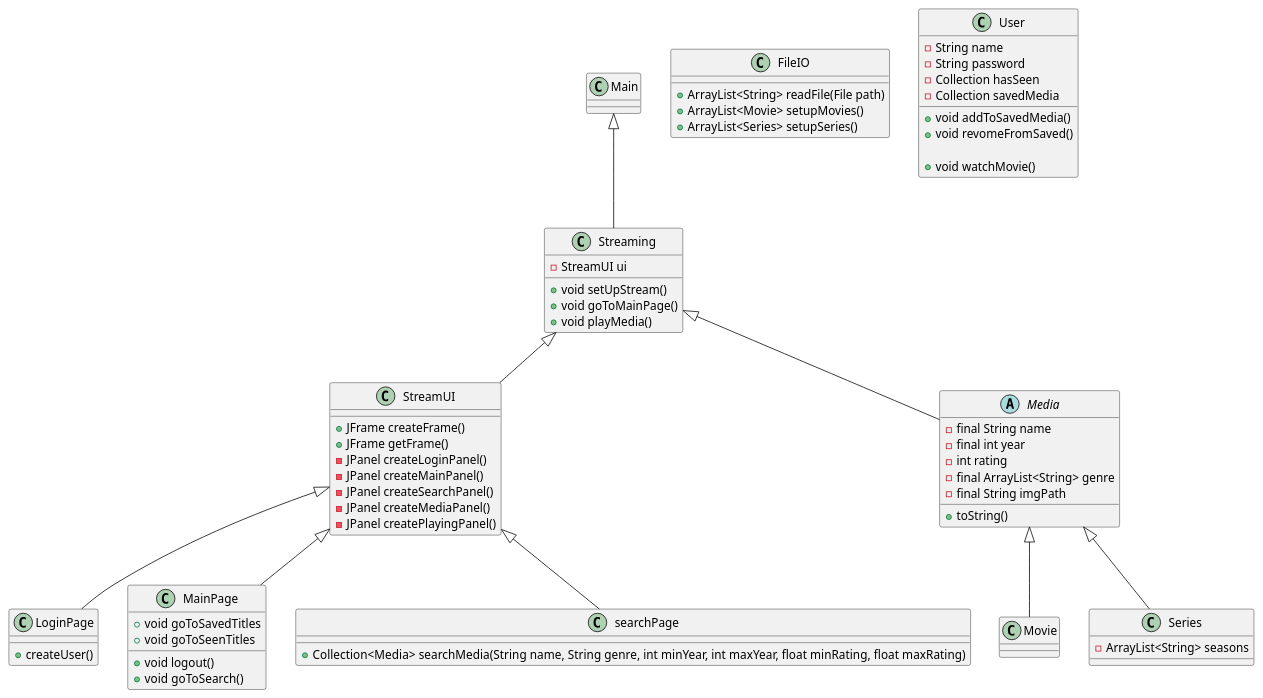
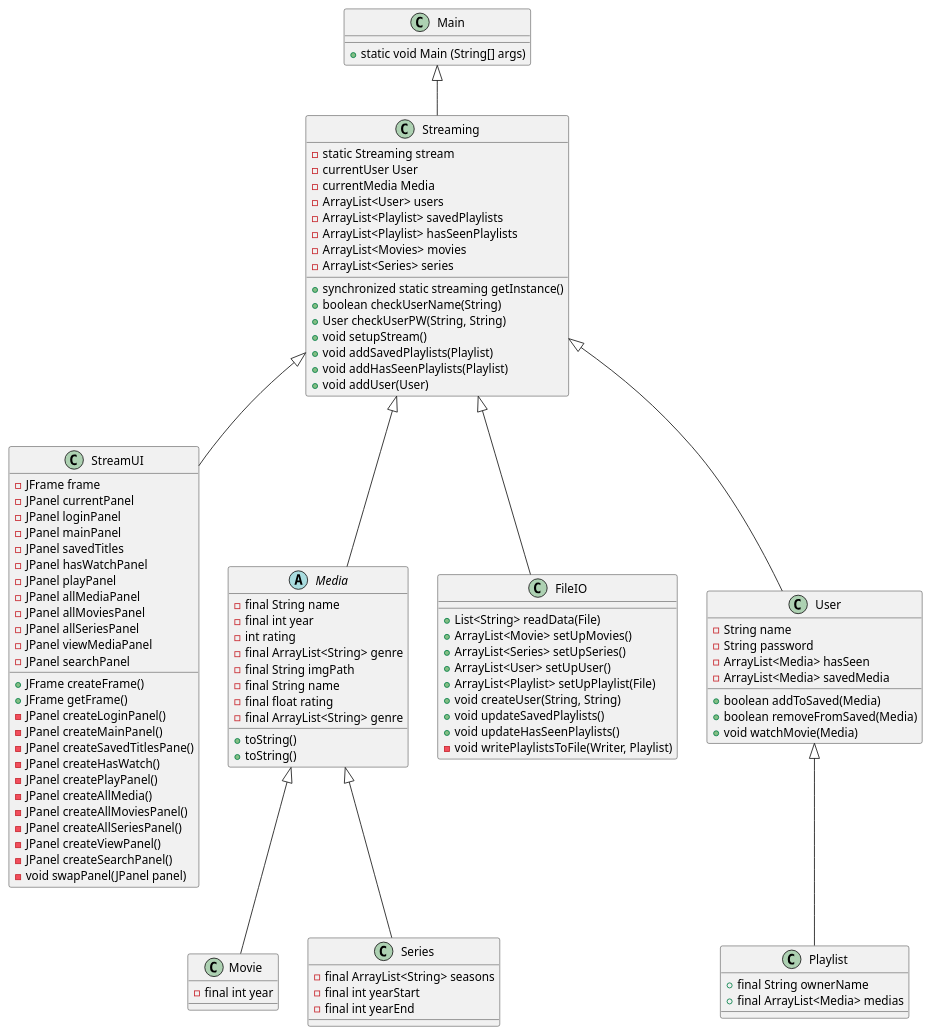
Before and after one commit to TheRealJackiBoi/dat1-sp3-streaming: the diagram in Documentation/Streaming.puml, drawn with PlantUML. The commit also changed 2 other files, not shown here.

Commit message:
work in progress updated plantUML

```diff
--- a/Documentation/Streaming.puml
+++ b/Documentation/Streaming.puml
@@ -1,86 +1,119 @@
 @startuml
 
 'https://plantuml.com/class-diagram
 
 class Main{
-
++static void Main (String[] args)
 }
 
 Main <|-- Streaming
 class Streaming{
--StreamUI ui
-+void setUpStream()
-+void goToMainPage()
-+void playMedia()
-}
+-static Streaming stream
+-currentUser User
+-currentMedia Media
+-ArrayList<User> users
+-ArrayList<Playlist> savedPlaylists
+-ArrayList<Playlist> hasSeenPlaylists
+-ArrayList<Movies> movies
+-ArrayList<Series> series
 
-StreamUI <|-- LoginPage
-class LoginPage{
-+ createUser()
++synchronized static streaming getInstance()
++boolean checkUserName(String)
++User checkUserPW(String, String)
++void setupStream()
++void addSavedPlaylists(Playlist)
++void addHasSeenPlaylists(Playlist)
++void addUser(User)
 
-}
-
-StreamUI <|-- MainPage
-class MainPage {
-+void logout()
-+void goToSearch()
-+void goToSavedTitles
-+void goToSeenTitles
-}
-
-StreamUI <|-- searchPage
-class searchPage{
-
-+Collection<Media> searchMedia(String name, String genre, int minYear, int maxYear, float minRating, float maxRating)
 }
 
 Streaming <|-- StreamUI
 class StreamUI {
+-JFrame frame
+-JPanel currentPanel
+-JPanel loginPanel
+-JPanel mainPanel
+-JPanel savedTitles
+-JPanel hasWatchPanel
+-JPanel playPanel
+-JPanel allMediaPanel
+-JPanel allMoviesPanel
+-JPanel allSeriesPanel
+-JPanel viewMediaPanel
+-JPanel searchPanel
+
 +JFrame createFrame()
 +JFrame getFrame()
 -JPanel createLoginPanel()
 -JPanel createMainPanel()
+-JPanel createSavedTitlesPane()
+-JPanel createHasWatch()
+-JPanel createPlayPanel()
+-JPanel createAllMedia()
+-JPanel createAllMoviesPanel()
+-JPanel createAllSeriesPanel()
+-JPanel createViewPanel()
 -JPanel createSearchPanel()
--JPanel createMediaPanel()
--JPanel createPlayingPanel()
+-void swapPanel(JPanel panel)
 }
 
 Streaming <|-- Media
 abstract class Media {
 -final String name
 -final int year
 -int rating
 -final ArrayList<String> genre
 -final String imgPath
 +toString()
 }
 
 class Movie extends Media {
-
+-final int year
 }
 
 class Series extends Media {
--ArrayList<String> seasons
+-final ArrayList<String> seasons
+-final int yearStart
+-final int yearEnd
+}
+abstract class Media {
+-final String name
+-final float rating
+-final ArrayList<String> genre
+
++toString()
 }
 
-
+Streaming <|-- FileIO
 class FileIO {
-+ArrayList<String> readFile(File path)
-+ArrayList<Movie> setupMovies()
-+ArrayList<Series> setupSeries()
++List<String> readData(File)
++ArrayList<Movie> setUpMovies()
++ArrayList<Series> setUpSeries()
++ArrayList<User> setUpUser()
++ArrayList<Playlist> setUpPlaylist(File)
++void createUser(String, String)
++void updateSavedPlaylists()
++void updateHasSeenPlaylists()
+-void writePlaylistsToFile(Writer, Playlist)
 }
 
+Streaming <|-- User
 class User {
 -String name
 -String password
--Collection hasSeen
--Collection savedMedia
+-ArrayList<Media> hasSeen
+-ArrayList<Media> savedMedia
 
-+void addToSavedMedia()
-+void revomeFromSaved()
++boolean addToSaved(Media)
++boolean removeFromSaved(Media)
++void watchMovie(Media)
+}
 
-+void watchMovie()
+User <|-- Playlist
+class Playlist {
++final String ownerName
++final ArrayList<Media> medias
 }
 
 
 @enduml
```
